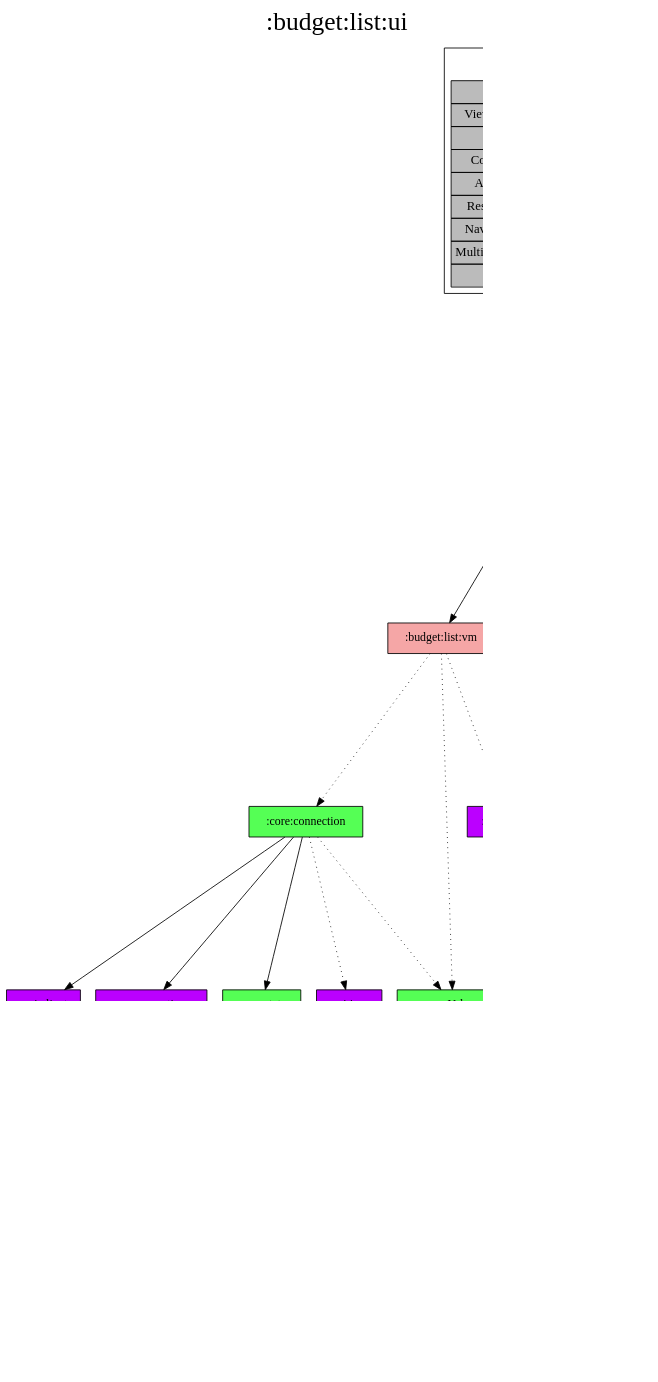
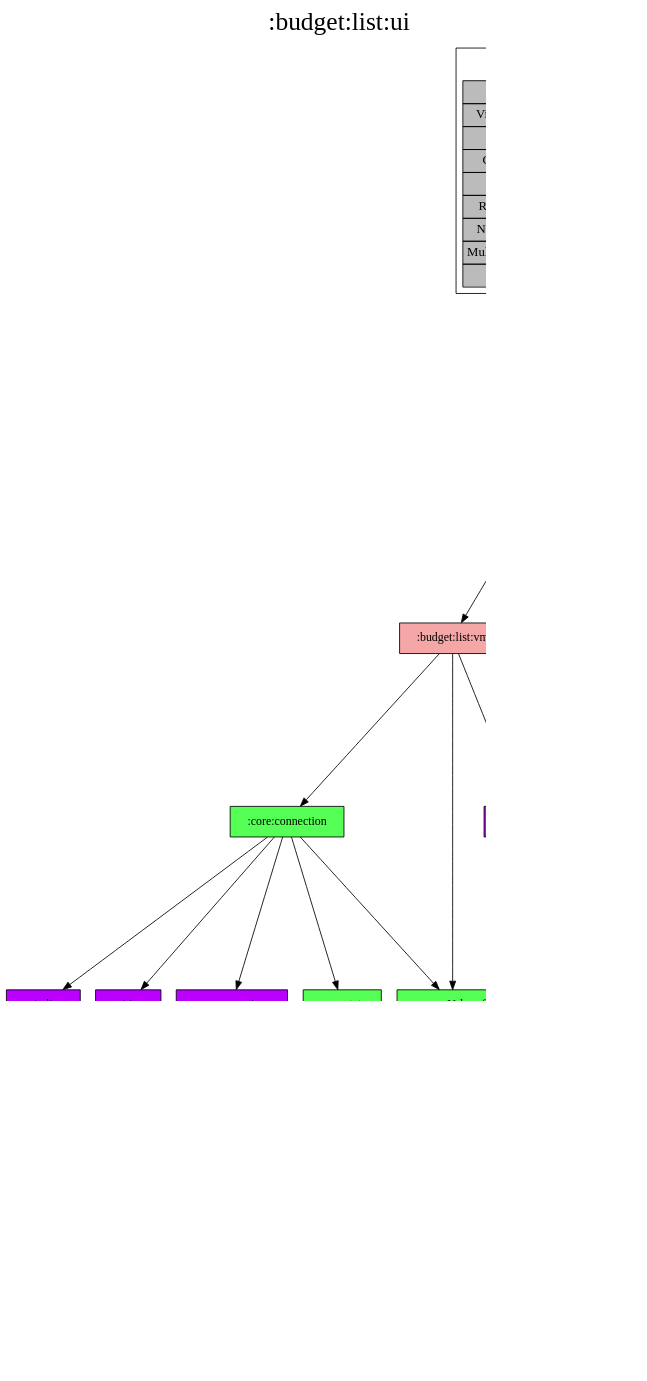
The diagram in modules/budget/list/ui/project-dependency-graph.dot (jonapoul/aktual), drawn with Graphviz before and after one commit. The commit also changed 31 other files, not shown here.

```diff
--- a/modules/budget/list/ui/project-dependency-graph.dot
+++ b/modules/budget/list/ui/project-dependency-graph.dot
@@ -1,58 +1,59 @@
 digraph {
 edge ["dir"="forward"]
 graph ["dpi"="100","label"=":budget:list:ui","labelloc"="t","fontsize"="30","ranksep"="2.5","rankdir"="TB"]
 node ["style"="filled"]
 ":budget:list:ui" ["fillcolor"="#FFFF55","shape"="box"]
 ":budget:list:vm" ["fillcolor"="#F5A6A6","shape"="box"]
 ":core:connection" ["fillcolor"="#55FF55","shape"="box"]
 ":api:client" ["fillcolor"="#BB00FF","shape"="box"]
 ":api:model" ["fillcolor"="#BB00FF","shape"="box"]
 ":core:model" ["fillcolor"="#BB00FF","shape"="box"]
+":api:json" ["fillcolor"="#BB00FF","shape"="box"]
 ":core:coroutines" ["fillcolor"="#BB00FF","shape"="box"]
 ":core:state" ["fillcolor"="#55FF55","shape"="box"]
-":api:json" ["fillcolor"="#BB00FF","shape"="box"]
 ":serverUrl:prefs" ["fillcolor"="#55FF55","shape"="box"]
 ":login:prefs" ["fillcolor"="#BB00FF","shape"="box"]
 ":core:icons" ["fillcolor"="#FFFF55","shape"="box"]
 ":core:ui" ["fillcolor"="#FFFF55","shape"="box"]
 ":core:res" ["fillcolor"="#00FFFF","shape"="box"]
 {
 edge ["dir"="none"]
 graph ["rank"="same"]
 }
 ":budget:list:ui" -> ":budget:list:vm"
-":budget:list:ui" -> ":core:icons" ["style"="dotted"]
-":budget:list:ui" -> ":core:ui" ["style"="dotted"]
-":budget:list:vm" -> ":core:connection" ["style"="dotted"]
-":budget:list:vm" -> ":login:prefs" ["style"="dotted"]
-":budget:list:vm" -> ":serverUrl:prefs" ["style"="dotted"]
+":budget:list:ui" -> ":core:icons"
+":budget:list:ui" -> ":core:ui"
+":budget:list:vm" -> ":core:connection"
+":budget:list:vm" -> ":login:prefs"
+":budget:list:vm" -> ":serverUrl:prefs"
 ":core:connection" -> ":api:client"
+":core:connection" -> ":api:json"
 ":core:connection" -> ":core:coroutines"
 ":core:connection" -> ":core:state"
-":core:connection" -> ":api:json" ["style"="dotted"]
-":core:connection" -> ":serverUrl:prefs" ["style"="dotted"]
+":core:connection" -> ":serverUrl:prefs"
 ":api:client" -> ":api:model"
 ":api:model" -> ":core:model"
 ":core:state" -> ":core:model"
 ":serverUrl:prefs" -> ":core:model"
 ":login:prefs" -> ":core:model"
+":core:icons" -> ":core:ui"
 ":core:ui" -> ":core:model"
 ":core:ui" -> ":core:res"
 subgraph "cluster_legend" {
 edge ["dir"="none"]
 graph ["label"="Legend","fontsize"="20"]
 "Legend" ["style"="filled","fillcolor"="#bbbbbb","shape"="none","margin"="0","fontsize"="15","label"=<
 <TABLE BORDER="0" CELLBORDER="1" CELLSPACING="0" CELLPADDING="4">
 <TR><TD>App</TD><TD BGCOLOR="#FF5555">module-name</TD></TR>
 <TR><TD>ViewModel</TD><TD BGCOLOR="#F5A6A6">module-name</TD></TR>
 <TR><TD>Hilt</TD><TD BGCOLOR="#FCB103">module-name</TD></TR>
 <TR><TD>Compose</TD><TD BGCOLOR="#FFFF55">module-name</TD></TR>
 <TR><TD>Android</TD><TD BGCOLOR="#55FF55">module-name</TD></TR>
 <TR><TD>Resources</TD><TD BGCOLOR="#00FFFF">module-name</TD></TR>
 <TR><TD>Navigation</TD><TD BGCOLOR="#5555FF">module-name</TD></TR>
 <TR><TD>Multiplatform</TD><TD BGCOLOR="#9D8DF1">module-name</TD></TR>
 <TR><TD>JVM</TD><TD BGCOLOR="#BB00FF">module-name</TD></TR>
 </TABLE>
 >]
 } -> ":budget:list:ui" ["style"="invis"]
 }
```
